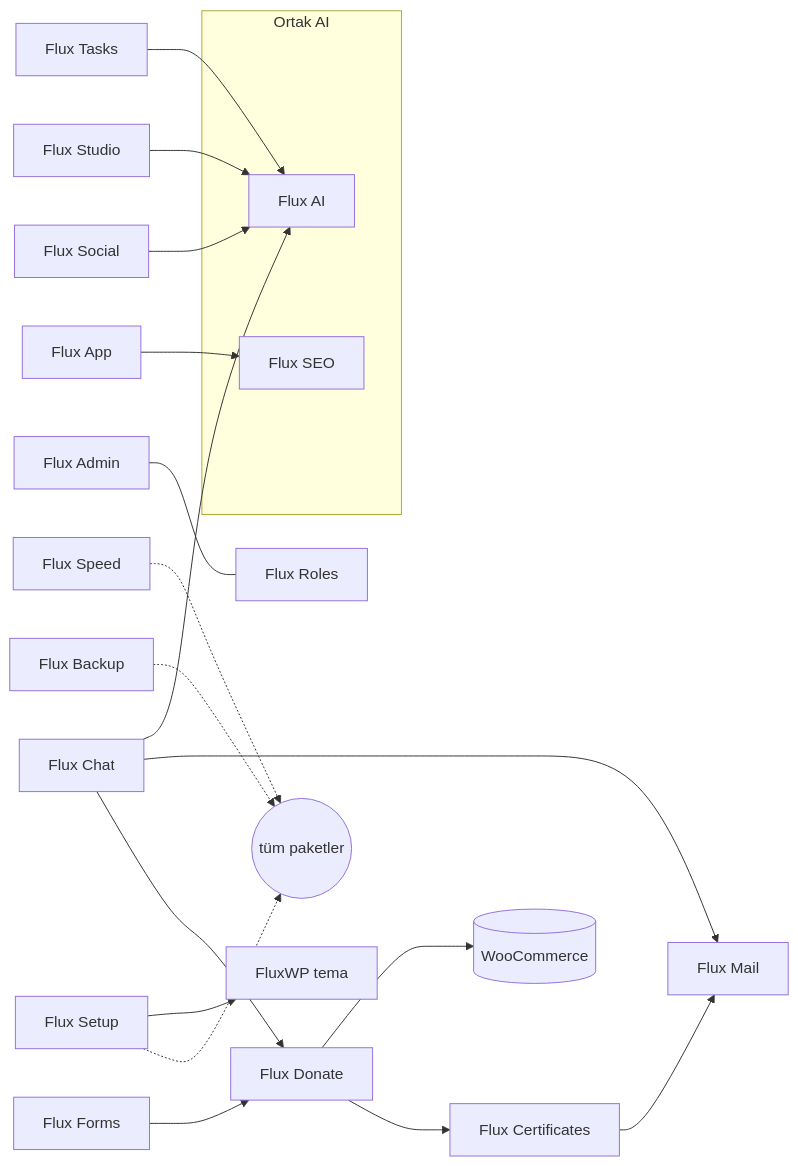
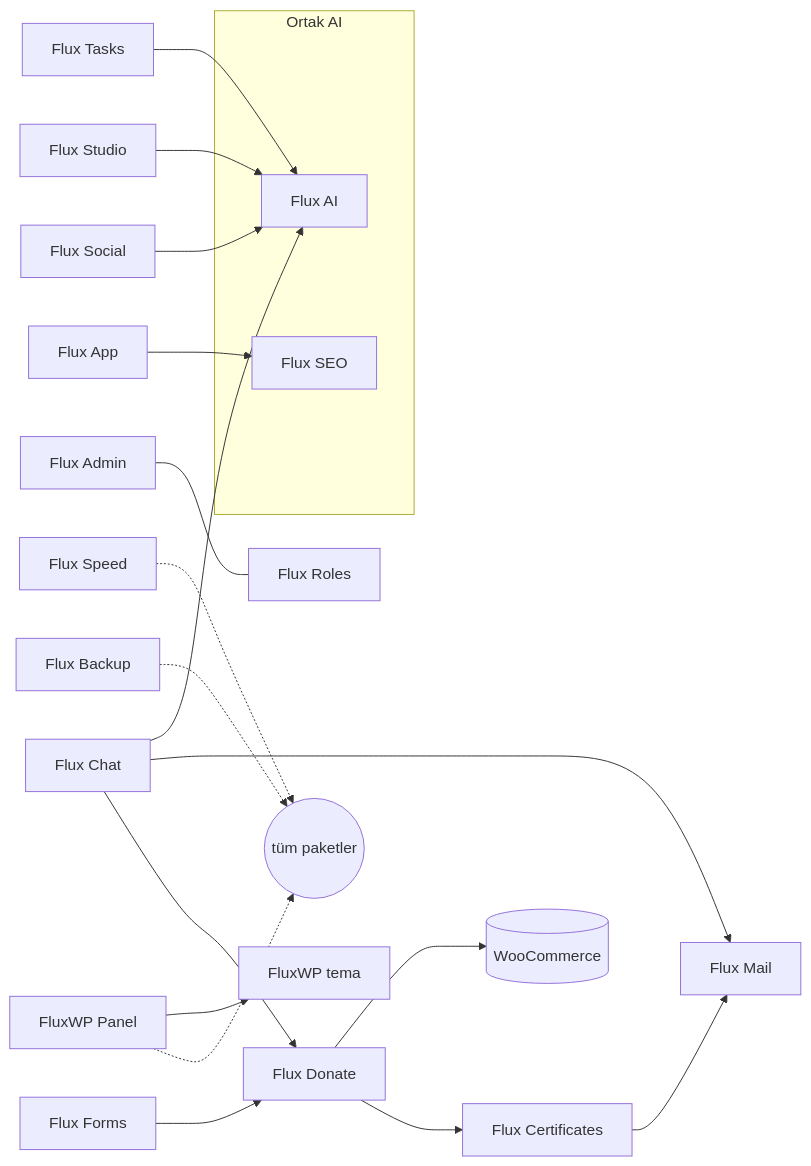
The diagram in README.tr.md (FluxWP/FluxWP), drawn with Mermaid before and after one commit. The commit also changed other lines of this file and 57 other files, not shown here.

First line of the commit message:
flx-setup 1.0.6: rename display name to FluxWP Panel

````diff
--- a/README.tr.md
+++ b/README.tr.md
@@ -35,23 +35,23 @@
 ```mermaid
 flowchart LR
   subgraph Ortak AI
     AI["Flux AI"]
     MCP["Flux SEO"]
   end
   BAG["Flux Donate"] --> CERT["Flux Certificates"]
   FORM["Flux Forms"] --> BAG
   BAG --> WOO[("WooCommerce")]
   CC["Flux Chat"] --> BAG
   CC --> COM["Flux Mail"]
   CERT --> COM
   SOC["Flux Social"] --> AI
   STU["Flux Studio"] --> AI
   CC --> AI
   TASK["Flux Tasks"] --> AI
   ADM["Flux Admin"] --- ROL["Flux Roles"]
   APP["Flux App"] --> MCP
-  SET["Flux Setup"] -.-> ALL(("tüm paketler"))
+  SET["FluxWP Panel"] -.-> ALL(("tüm paketler"))
   BAK["Flux Backup"] -.-> ALL
   PERF["Flux Speed"] -.-> ALL
-  SET["Flux Setup"] --> THEME["FluxWP tema"]
+  SET["FluxWP Panel"] --> THEME["FluxWP tema"]
 ```
````
